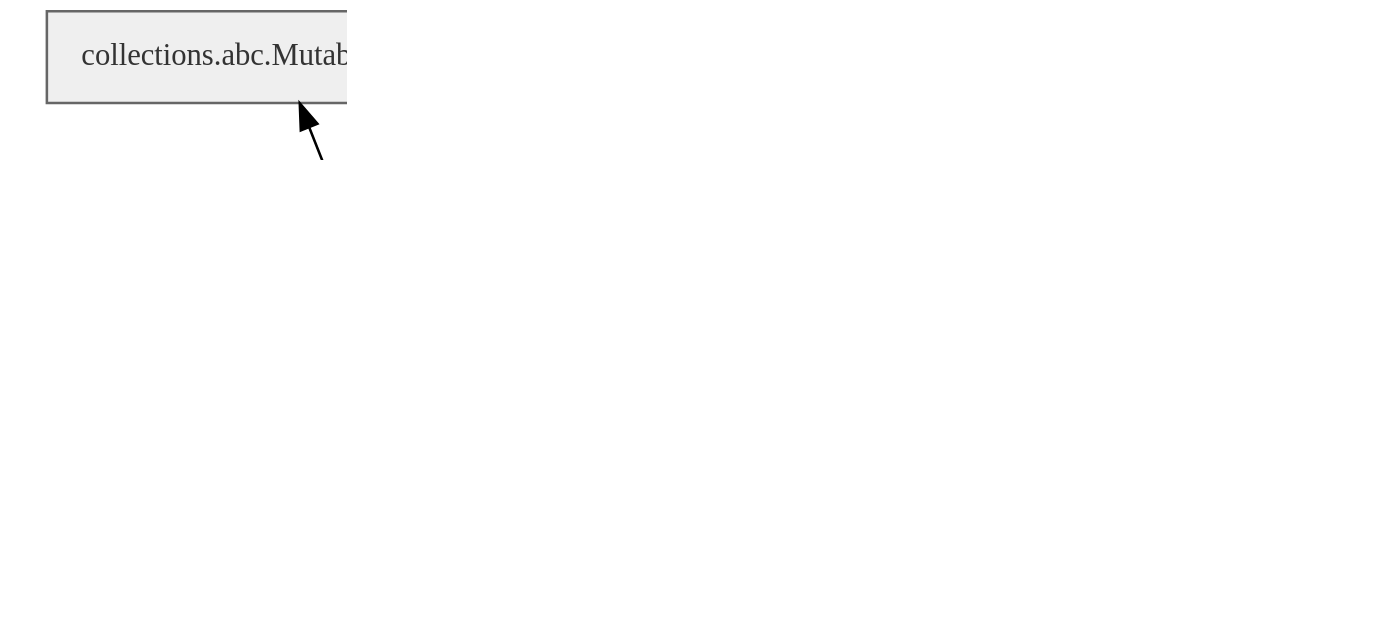
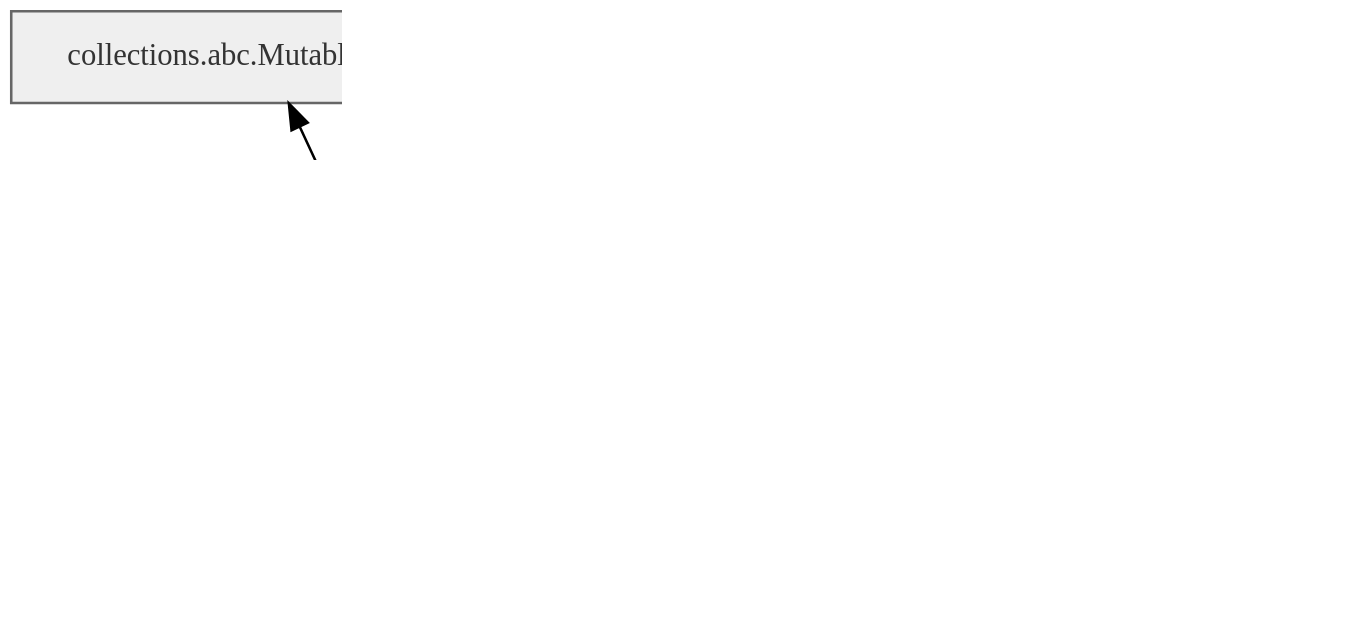
The diagram in docs/_static/bidict-types-diagram.dot (jab/bidict), drawn with Graphviz before and after one commit. The commit also changed 17 other files, not shown here.

First line of the commit message:
Drop FrozenOrderedBidict

```diff
--- a/docs/_static/bidict-types-diagram.dot
+++ b/docs/_static/bidict-types-diagram.dot
@@ -1,44 +1,41 @@
 // Copyright 2009-2023 Joshua Bronson. All rights reserved.
 //
 // This Source Code Form is subject to the terms of the Mozilla Public
 // License, v. 2.0. If a copy of the MPL was not distributed with this
 // file, You can obtain one at http://mozilla.org/MPL/2.0/.
 
 
 // See build-bidict-types-diagram.sh for how to generate a PNG from this file.
 
 digraph G {
   rankdir=BT
   dpi=300
   node [fontsize="12", shape="box"]
 
   subgraph ABCs {
-    node [fillcolor="#EFEFEF", color="#666666", fontcolor="#333333", style="filled", fontname="OperatorMono Nerd Font Book Italic"]
+    node [fillcolor="#EFEFEF", color="#666666", fontcolor="#333333", style="filled", fontname="Operator Mono SSm Lig Book"]
     Mapping [label="collections.abc.Mapping"]
     MutableMapping [label="collections.abc.MutableMapping"]
     Hashable [label="collections.abc.Hashable"]
     MutableMapping -> Mapping
     { rank=same Mapping MutableMapping Hashable }
 
-    BidirectionalMapping [label="bidict._abc.BidirectionalMapping", style="filled, bold", fontcolor="black", fontname="OperatorMono Nerd Font Book Italic"]
-    MutableBidirectionalMapping [label="bidict._abc.MutableBidirectionalMapping", style="filled, bold", fontcolor="black", fontname="OperatorMono Nerd Font Book Italic"]
-    BidirectionalMapping -> Mapping
+    BidirectionalMapping [label="bidict._abc.BidirectionalMapping", style="filled, bold", fontcolor="black", fontname="Operator Mono SSm Lig Book Italic"]
+    MutableBidirectionalMapping [label="bidict._abc.MutableBidirectionalMapping", style="filled, bold", fontcolor="black", fontname="Operator Mono SSm Lig Book Italic"] BidirectionalMapping -> Mapping
     MutableBidirectionalMapping -> BidirectionalMapping
     MutableBidirectionalMapping -> MutableMapping
   }
 
   subgraph {
-    node [style="bold", fontname="OperatorMono Nerd Font Book"]
+    node [style="bold", fontname="Operator Mono SSm Lig Book"]
 
     bidict [label="bidict.bidict"]
     frozenbidict [label="bidict.frozenbidict"]
     OrderedBidict [label="bidict.OrderedBidict"]
-    FrozenOrderedBidict [label="bidict.FrozenOrderedBidict"]
 
     bidict -> { MutableBidirectionalMapping }
     OrderedBidict -> { MutableBidirectionalMapping }
-    FrozenOrderedBidict -> { BidirectionalMapping, Hashable }
     frozenbidict -> { BidirectionalMapping, Hashable }
-    { rank=same bidict frozenbidict OrderedBidict FrozenOrderedBidict }
+    { rank=same bidict frozenbidict OrderedBidict }
   }
 }
```
